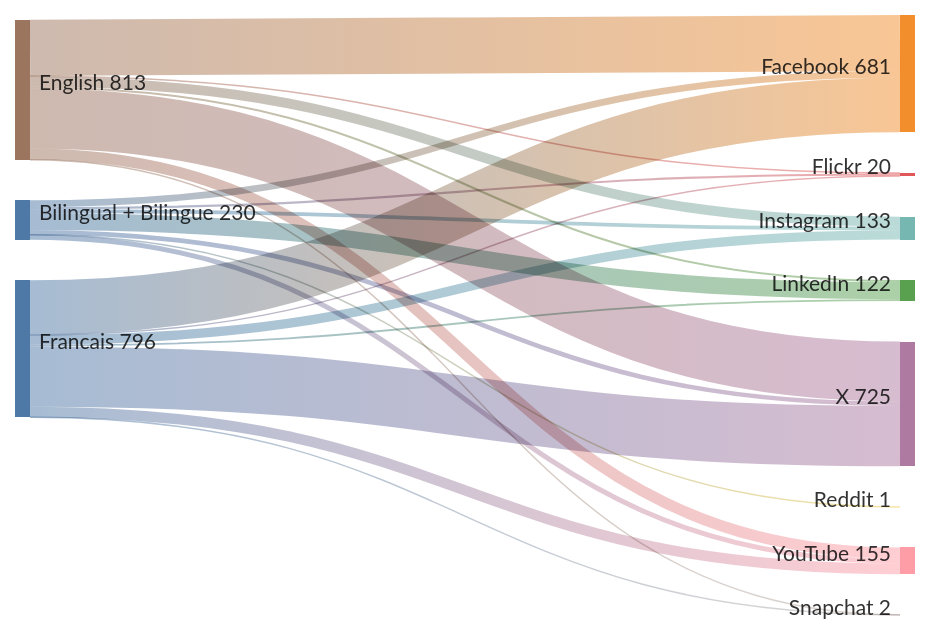
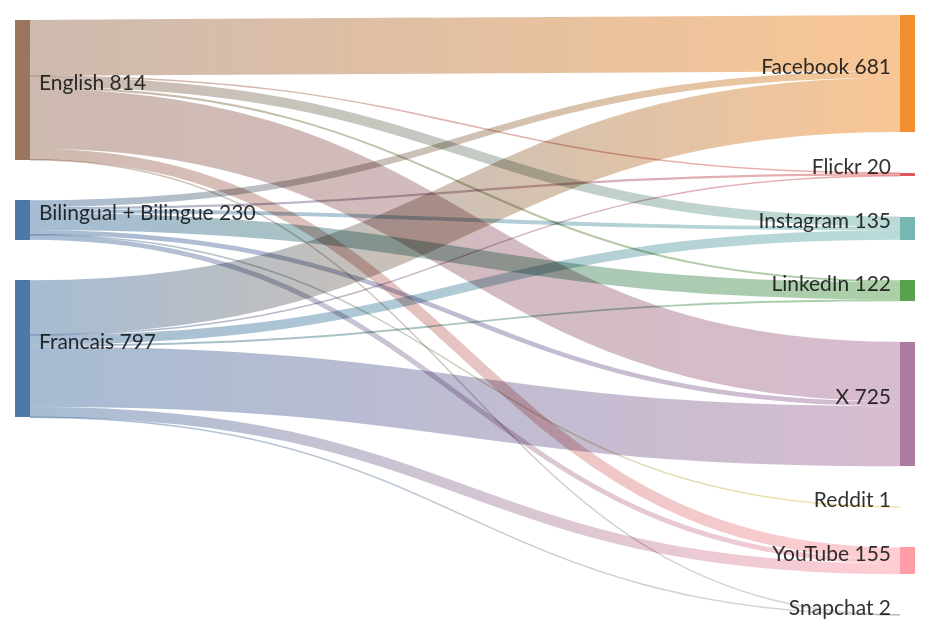
Before and after one commit to PatLittle/GC-Socials: the diagram in sankey_diagram.md, drawn with Mermaid.

Commit message:
Update Sankey diagram for the most recent day

````diff
--- a/sankey_diagram.md
+++ b/sankey_diagram.md
@@ -1,24 +1,24 @@
 ```mermaid
 sankey-beta
   Bilingual + Bilingue,Facebook,39
   Bilingual + Bilingue,Flickr,13
   Bilingual + Bilingue,Instagram,22
   Bilingual + Bilingue,LinkedIn,99
   Bilingual + Bilingue,Reddit,1
   Bilingual + Bilingue,X,27
   Bilingual + Bilingue,YouTube,29
   English,Facebook,326
   English,Flickr,4
-  English,Instagram,57
+  English,Instagram,58
   English,LinkedIn,12
   English,Snapchat,1
   English,X,348
   English,YouTube,65
   Francais,Facebook,316
   Francais,Flickr,3
-  Francais,Instagram,54
+  Francais,Instagram,55
   Francais,LinkedIn,11
   Francais,Snapchat,1
   Francais,X,350
   Francais,YouTube,61
 ```
````
